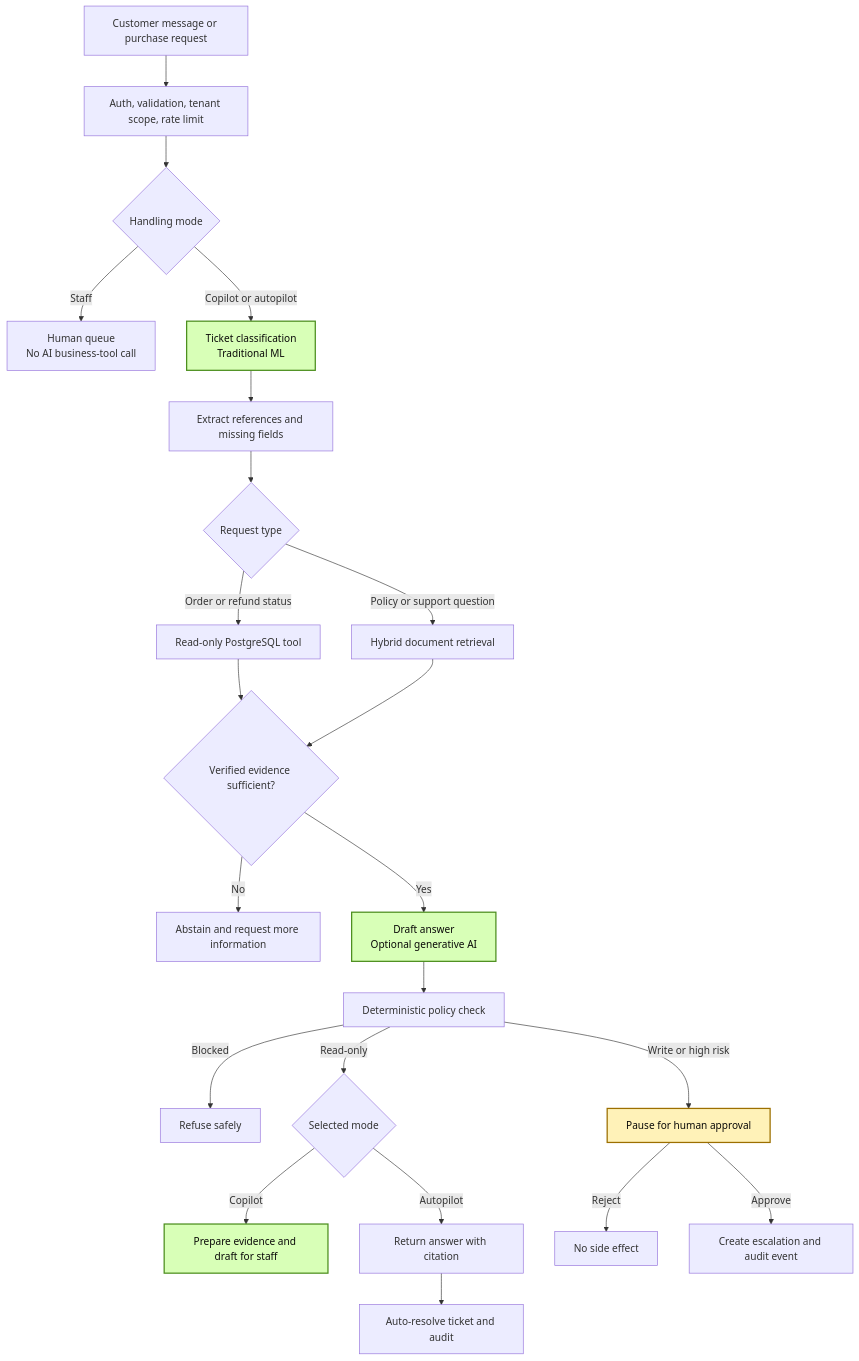
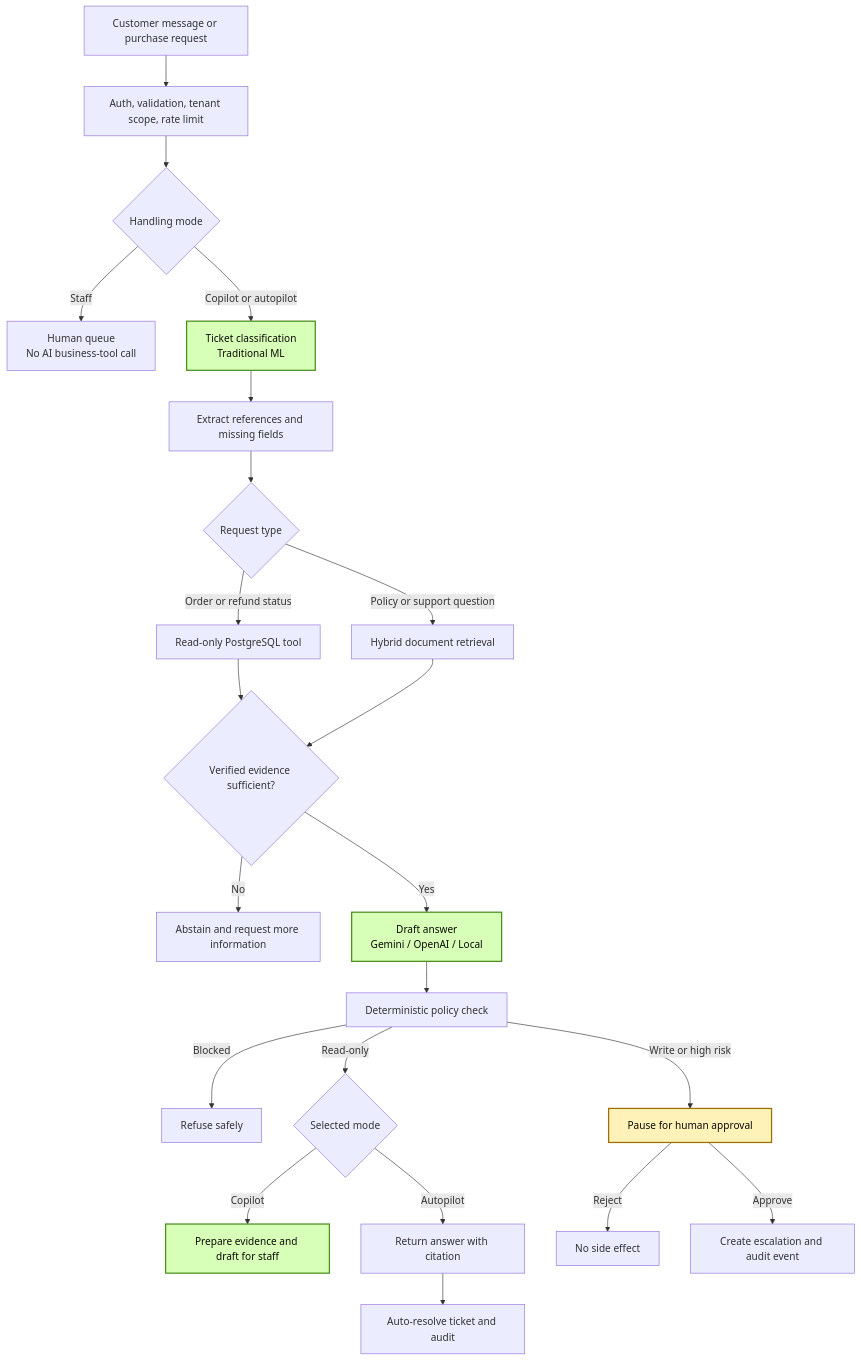
One commit to kingggg5/pilotai changed the second of 2 diagrams in README.md. Above: the diagram before and after it, drawn with Mermaid. The commit also changed other lines of this file and 4 other files, not shown here.

Commit message:
docs: update comprehensive English and Thai README with Gemini AI, Multi-Model routing, KPI analytics, and live demo architecture

````diff
--- a/README.md
+++ b/README.md
@@ -61,29 +65,29 @@
 ```mermaid
 flowchart TD
     A["Customer message or purchase request"] --> B["Auth, validation, tenant scope, rate limit"]
     B --> Q{"Handling mode"}
     Q -->|"Staff"| R["Human queue<br/>No AI business-tool call"]
     Q -->|"Copilot or autopilot"| C["Ticket classification<br/>Traditional ML"]
     C --> X["Extract references and missing fields"]
     X --> D{"Request type"}
     D -->|"Order or refund status"| E["Read-only PostgreSQL tool"]
     D -->|"Policy or support question"| F["Hybrid document retrieval"]
     E --> G{"Verified evidence sufficient?"}
     F --> G
     G -->|"No"| H["Abstain and request more information"]
-    G -->|"Yes"| I["Draft answer<br/>Optional generative AI"]
+    G -->|"Yes"| I["Draft answer<br/>Gemini / OpenAI / Local"]
     I --> J["Deterministic policy check"]
     J -->|"Blocked"| K["Refuse safely"]
     J -->|"Read-only"| V{"Selected mode"}
     V -->|"Copilot"| U["Prepare evidence and draft for staff"]
     V -->|"Autopilot"| L["Return answer with citation"]
     L --> P["Auto-resolve ticket and audit"]
     J -->|"Write or high risk"| M["Pause for human approval"]
     M -->|"Reject"| N["No side effect"]
     M -->|"Approve"| O["Create escalation and audit event"]
 
     classDef ai fill:#d8ffb7,stroke:#4d8f1f,color:#0a0a08,stroke-width:2px;
     classDef human fill:#fff2b8,stroke:#9c6f00,color:#0a0a08,stroke-width:2px;
     class C,I,U ai;
     class M human;
 ```
````
